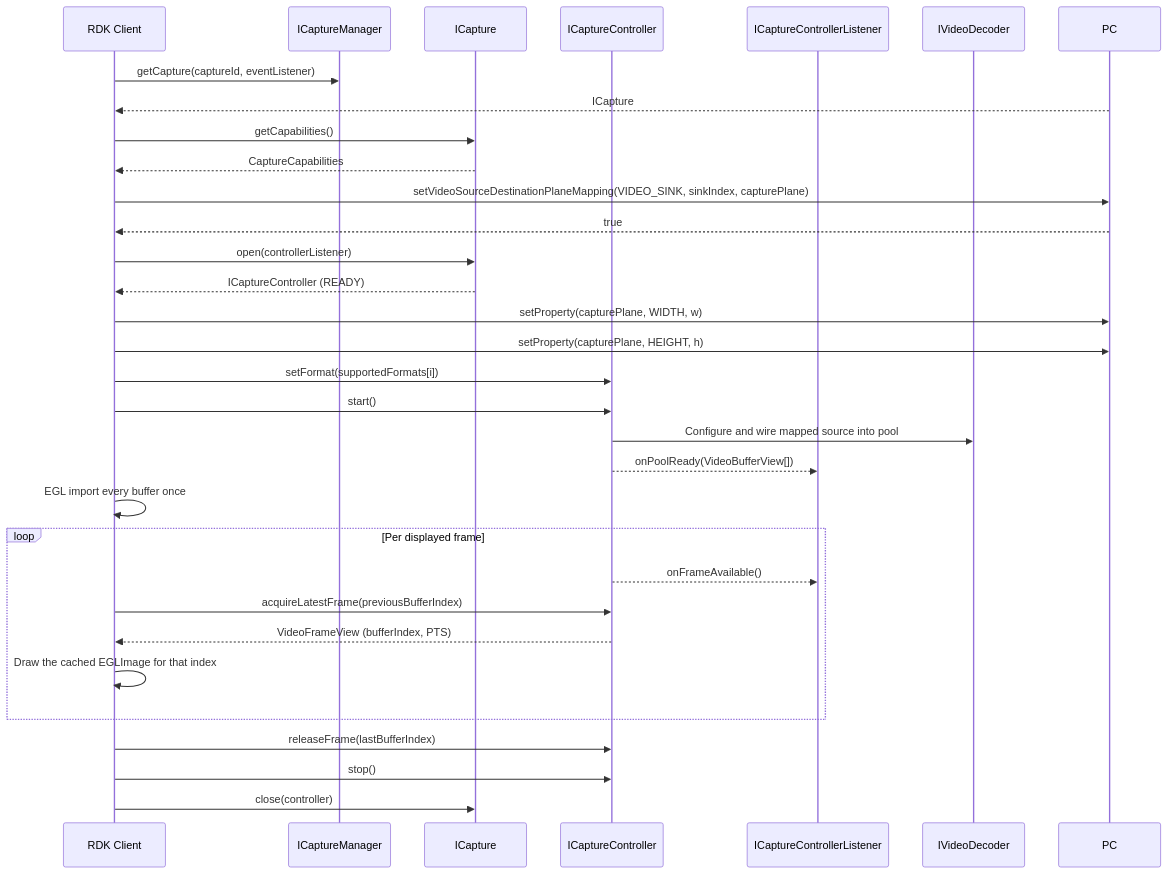
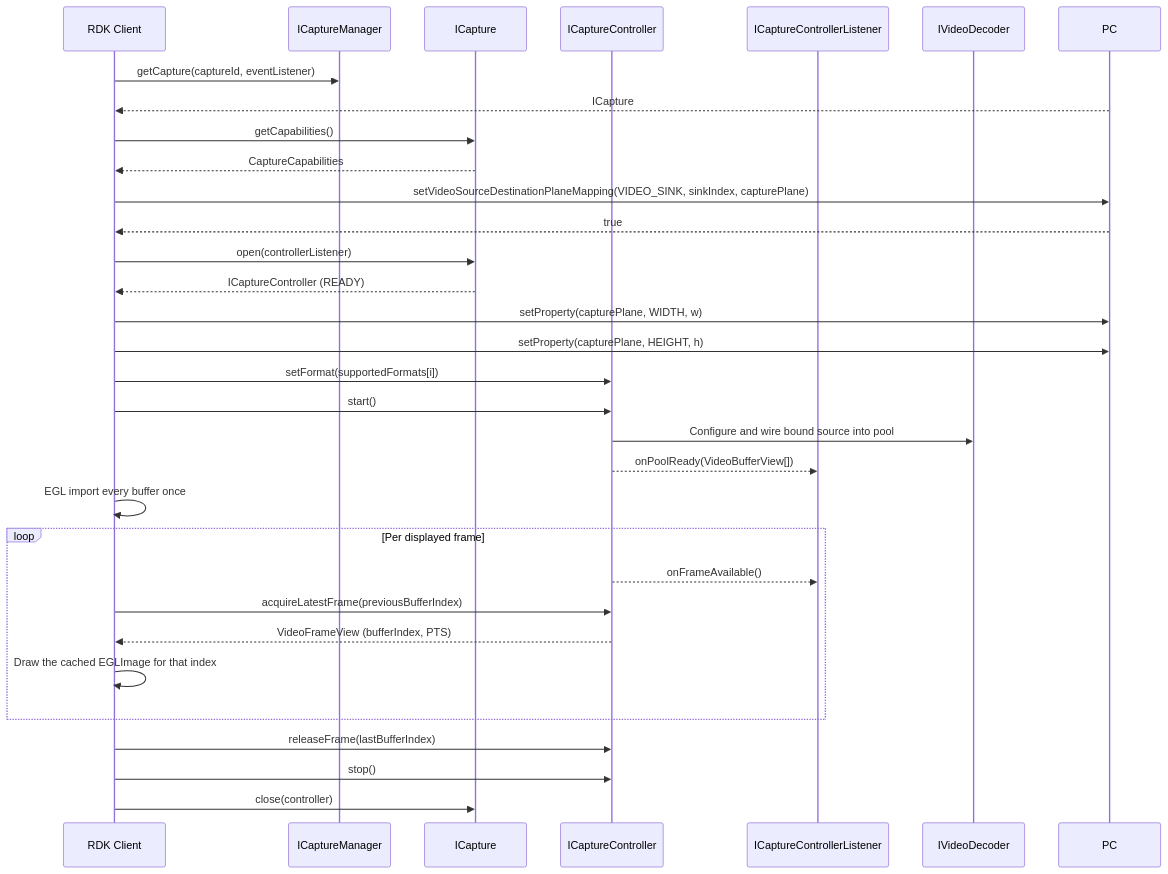
Before and after one commit to rdkcentral/rdk-halif-aidl: the fourth of 5 diagrams in capture/current/docs/capture_interface.md, drawn with Mermaid. The commit also changed other lines of this file and 5 other files, not shown here.

````diff
--- a/capture/current/docs/capture_interface.md
+++ b/capture/current/docs/capture_interface.md
@@ -289,42 +288,42 @@
 ```mermaid
 sequenceDiagram
     participant Client as RDK Client
     participant Manager as ICaptureManager
     participant Capture as ICapture
     participant Controller as ICaptureController
     participant Listener as ICaptureControllerListener
     participant Decoder as IVideoDecoder
 
     Client->>Manager: getCapture(captureId, eventListener)
     PC-->>Client: ICapture
 
     Client->>Capture: getCapabilities()
     Capture-->>Client: CaptureCapabilities
 
     Client->>PC: setVideoSourceDestinationPlaneMapping(VIDEO_SINK, sinkIndex, capturePlane)
     PC-->>Client: true
 
     Client->>Capture: open(controllerListener)
     Capture-->>Client: ICaptureController (READY)
 
     Client->>PC: setProperty(capturePlane, WIDTH, w)
     Client->>PC: setProperty(capturePlane, HEIGHT, h)
     Client->>Controller: setFormat(supportedFormats[i])
     Client->>Controller: start()
-    Controller->>Decoder: Configure and wire mapped source into pool
+    Controller->>Decoder: Configure and wire bound source into pool
 
     Controller-->>Listener: onPoolReady(VideoBufferView[])
     Client->>Client: EGL import every buffer once
 
     loop Per displayed frame
         Controller-->>Listener: onFrameAvailable()
         Client->>Controller: acquireLatestFrame(previousBufferIndex)
         Controller-->>Client: VideoFrameView (bufferIndex, PTS)
         Client->>Client: Draw the cached EGLImage for that index
     end
 
     Client->>Controller: releaseFrame(lastBufferIndex)
 
     Client->>Controller: stop()
     Client->>Capture: close(controller)
 ```
````
